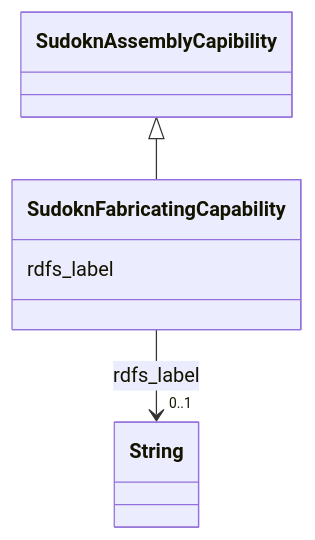
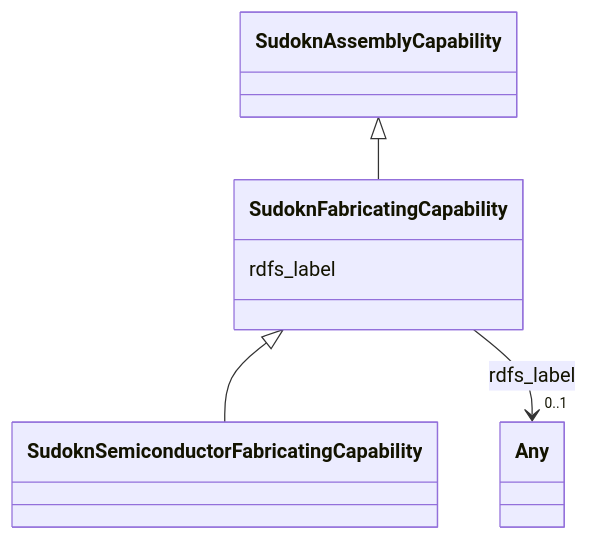
The diagram in sudokn-kg/classes/SudoknFabricatingCapability.md (frink-okn/graph-descriptions), drawn with Mermaid before and after one commit. The commit also changed other lines of this file and 903 other files, not shown here.

````diff
--- a/sudokn-kg/classes/SudoknFabricatingCapability.md
+++ b/sudokn-kg/classes/SudoknFabricatingCapability.md
@@ -23,18 +18,23 @@
 ```mermaid
  classDiagram
     class SudoknFabricatingCapability
     click SudoknFabricatingCapability href "../SudoknFabricatingCapability"
-      SudoknAssemblyCapibility <|-- SudoknFabricatingCapability
-        click SudoknAssemblyCapibility href "../SudoknAssemblyCapibility"
+      SudoknAssemblyCapability <|-- SudoknFabricatingCapability
+        click SudoknAssemblyCapability href "../SudoknAssemblyCapability"
+      
+
+      SudoknFabricatingCapability <|-- SudoknSemiconductorFabricatingCapability
+        click SudoknSemiconductorFabricatingCapability href "../SudoknSemiconductorFabricatingCapability"
+      
       
       SudoknFabricatingCapability : rdfs_label
         
           
     
     
-    SudoknFabricatingCapability --> "0..1" String : rdfs_label
-    click String href "../String"
+    SudoknFabricatingCapability --> "0..1" Any : rdfs_label
+    click Any href "../Any"
 
         
       
 ```
````
